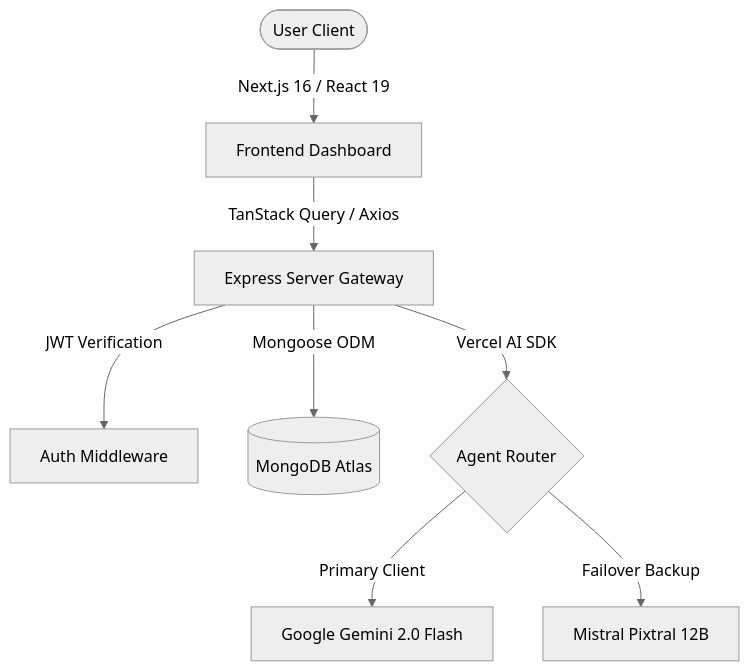
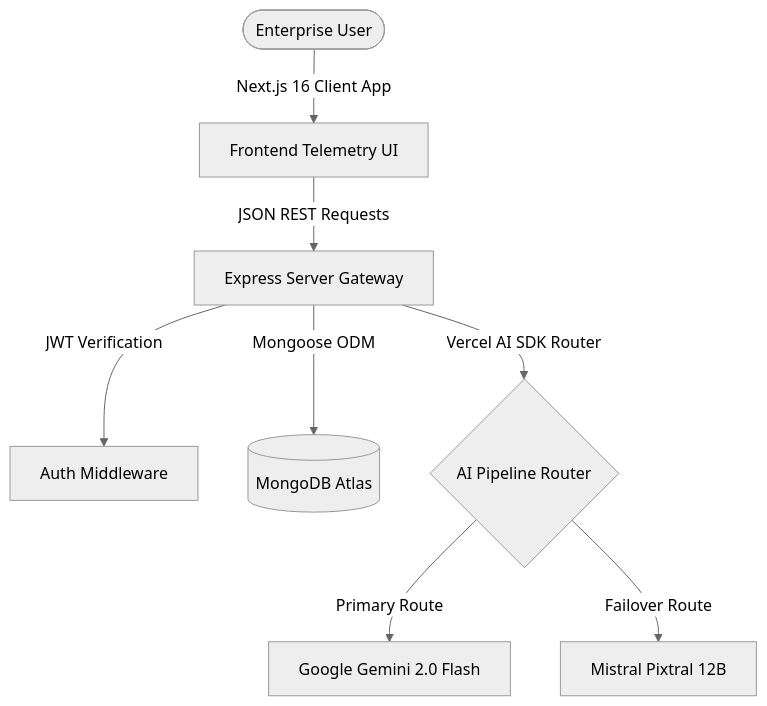
Before and after one commit to saikot05/greenpulse-client: the diagram in README.md, drawn with Mermaid (neutral theme). The commit also changed other lines of this file, not shown here.

````diff
--- a/README.md
+++ b/README.md
@@ -35,10 +18,10 @@
 ```mermaid
 graph TD
-    User([User Client]) -->|Next.js 16 / React 19| FE[Frontend Dashboard]
-    FE -->|TanStack Query / Axios| BE[Express Server Gateway]
+    User([Enterprise User]) -->|Next.js 16 Client App| FE[Frontend Telemetry UI]
+    FE -->|JSON REST Requests| BE[Express Server Gateway]
     BE -->|JWT Verification| Auth[Auth Middleware]
     BE -->|Mongoose ODM| DB[(MongoDB Atlas)]
-    BE -->|Vercel AI SDK| LLM{Agent Router}
-    LLM -->|Primary Client| Gemini[Google Gemini 2.0 Flash]
-    LLM -->|Failover Backup| Mistral[Mistral Pixtral 12B]
+    BE -->|Vercel AI SDK Router| LLM{AI Pipeline Router}
+    LLM -->|Primary Route| Gemini[Google Gemini 2.0 Flash]
+    LLM -->|Failover Route| Mistral[Mistral Pixtral 12B]
 ```
````
